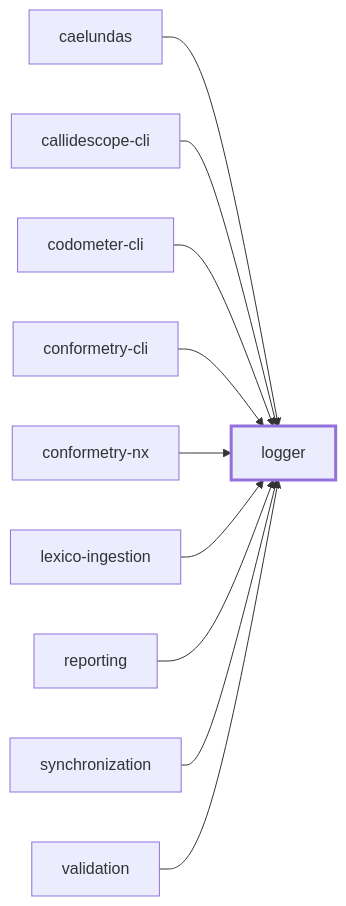
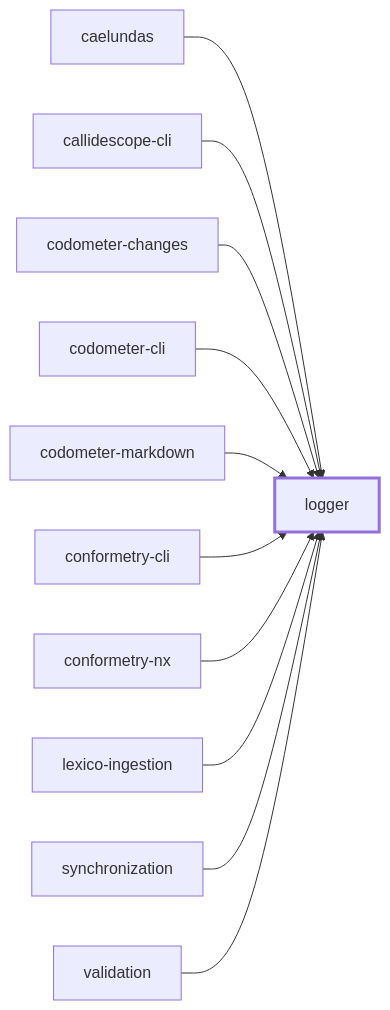
The first of 2 diagrams in packages/logger/README.md (JimmyPaolini/codebase), drawn with Mermaid before and after one commit. The commit also changed 116 other files, not shown here.

````diff
--- a/packages/logger/README.md
+++ b/packages/logger/README.md
@@ -77,24 +77,26 @@
 ```mermaid
 flowchart LR
   caelundas["caelundas"]
   callidescope_cli["callidescope-cli"]
+  codometer_changes["codometer-changes"]
   codometer_cli["codometer-cli"]
+  codometer_markdown["codometer-markdown"]
   conformetry_cli["conformetry-cli"]
   conformetry_nx["conformetry-nx"]
   lexico_ingestion["lexico-ingestion"]
   logger["logger"]
-  reporting["reporting"]
   synchronization["synchronization"]
   validation["validation"]
   caelundas --> logger
   callidescope_cli --> logger
+  codometer_changes --> logger
   codometer_cli --> logger
+  codometer_markdown --> logger
   conformetry_cli --> logger
   conformetry_nx --> logger
   lexico_ingestion --> logger
-  reporting --> logger
   synchronization --> logger
   validation --> logger
   classDef subject stroke-width:3px
   class logger subject
 ```
````
